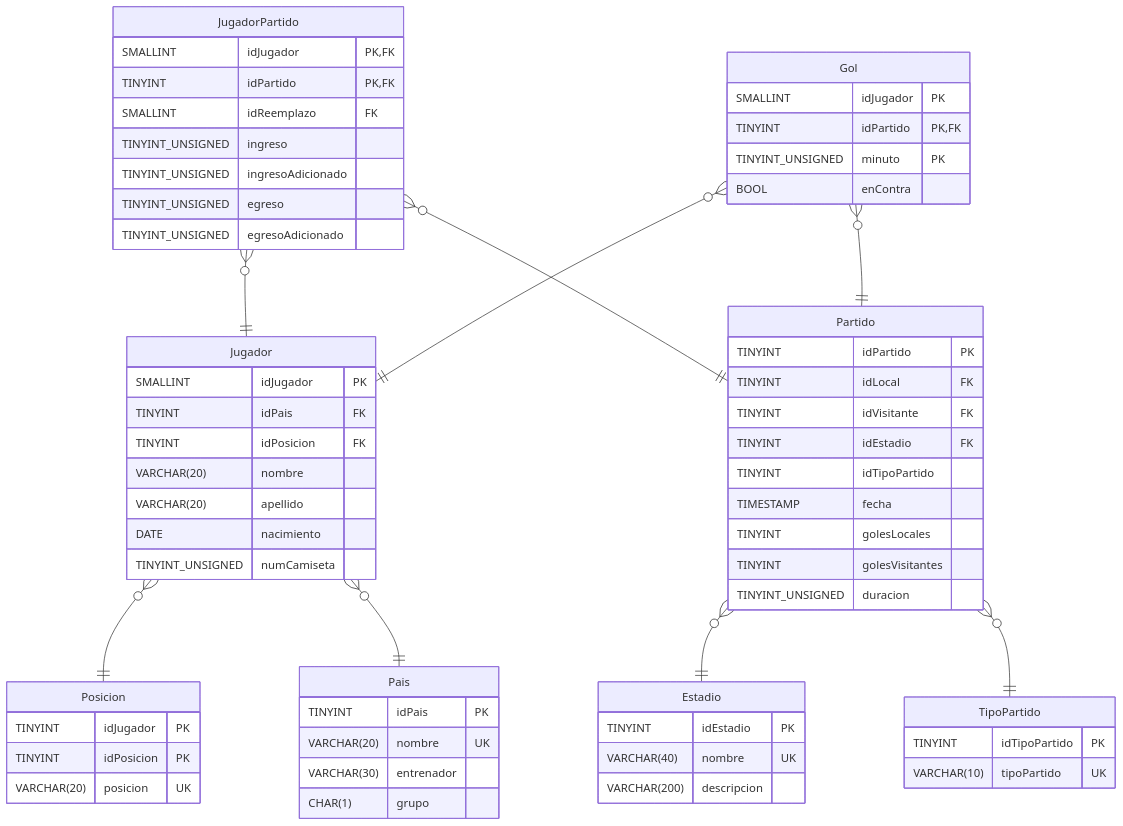
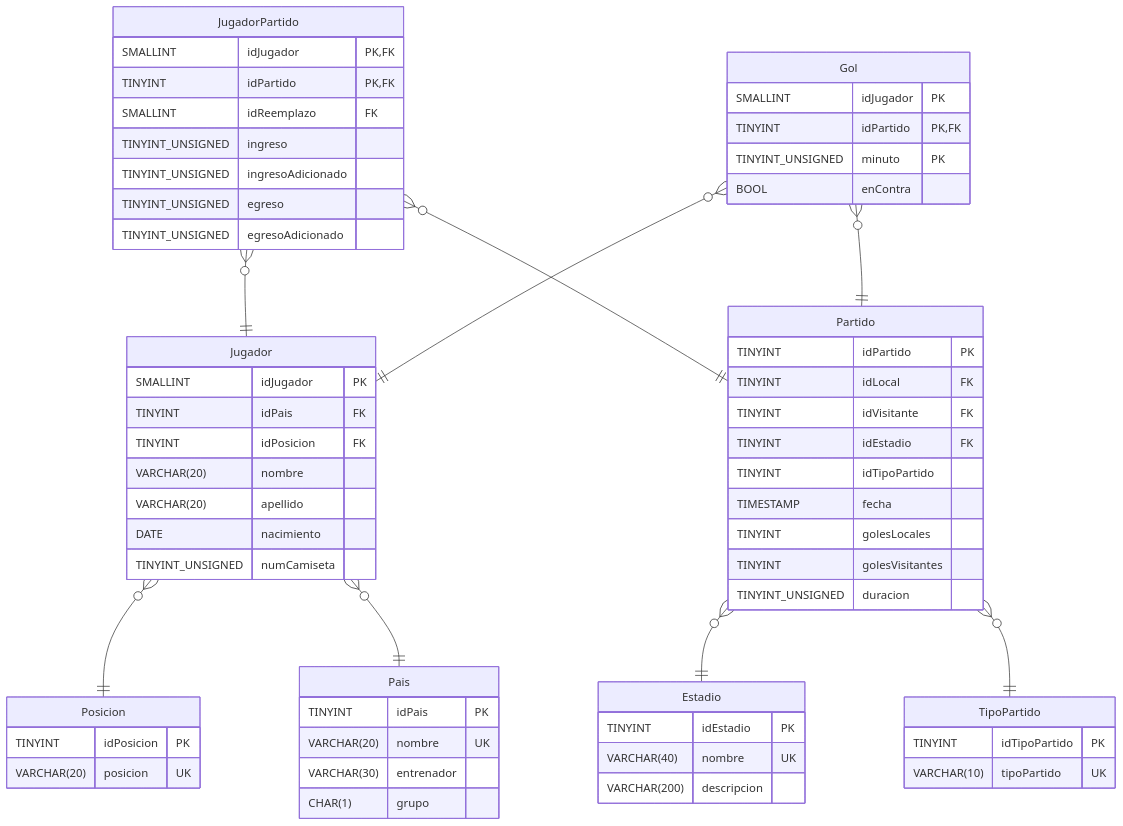
The diagram in README.md (PasandiLuka/BD-Mundial22), drawn with Mermaid before and after one commit. The commit also changed 2 other files, not shown here.

Commit message:
Agregado jugadores Argentina en Octavos
- Correcciones menores

````diff
--- a/README.md
+++ b/README.md
@@ -6,69 +6,68 @@
 ```mermaid
 erDiagram
     Pais{   
         TINYINT idPais PK
         VARCHAR(20) nombre UK
         VARCHAR(30) entrenador
         CHAR(1) grupo
     }
     Estadio{
         TINYINT idEstadio PK
         VARCHAR(40) nombre UK
         VARCHAR(200) descripcion
     }
     TipoPartido{
         TINYINT idTipoPartido PK
         VARCHAR(10) tipoPartido UK
     }
     Partido{
         TINYINT idPartido PK
         TINYINT idLocal FK
         TINYINT idVisitante FK
         TINYINT idEstadio FK
         TINYINT idTipoPartido
         TIMESTAMP fecha
         TINYINT golesLocales
         TINYINT golesVisitantes
         TINYINT_UNSIGNED duracion
     }
     Posicion{
-        TINYINT idJugador PK
         TINYINT idPosicion PK
         VARCHAR(20) posicion UK
     }
     Jugador{
         SMALLINT idJugador PK
         TINYINT idPais FK
         TINYINT idPosicion FK
         VARCHAR(20) nombre
         VARCHAR(20) apellido
         DATE nacimiento 
         TINYINT_UNSIGNED numCamiseta
     }
     JugadorPartido{
         SMALLINT idJugador PK, FK
         TINYINT idPartido PK, FK
         SMALLINT idReemplazo FK
         TINYINT_UNSIGNED ingreso
         TINYINT_UNSIGNED ingresoAdicionado
         TINYINT_UNSIGNED egreso
         TINYINT_UNSIGNED egresoAdicionado
     }
     Gol{
         SMALLINT idJugador PK
         TINYINT idPartido PK, FK
         TINYINT_UNSIGNED minuto PK
         BOOL enContra
     }
 
     Jugador }o--|| Posicion :""
     Jugador }o--|| Pais :""
     Partido }o--|| Estadio :""
     Partido }o--|| TipoPartido :""
     JugadorPartido }o--|| Jugador :""
     JugadorPartido }o--|| Partido :""
     Gol }o--|| Jugador :""
     Gol }o--|| Partido :""
 
 
 ```
````
